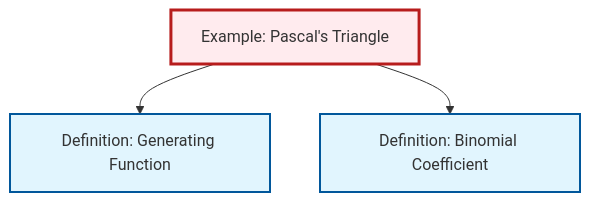
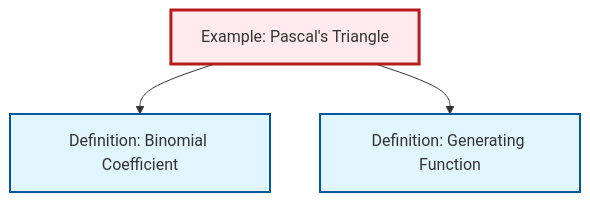
One commit to RK0429/ModernMath changed the diagram in content/ja/combinatorics/ex-pascals-triangle.qmd. Above: the diagram before and after it, drawn with Mermaid. The commit also changed other lines of this file and 654 other files, not shown here.

````diff
--- a/content/ja/combinatorics/ex-pascals-triangle.qmd
+++ b/content/ja/combinatorics/ex-pascals-triangle.qmd
@@ -73,17 +73,17 @@
 ```{mermaid}
 %%| fig-cap: "Local dependency graph"
 graph TD
     classDef definition fill:#e1f5fe,stroke:#01579b,stroke-width:2px
     classDef theorem fill:#f3e5f5,stroke:#4a148c,stroke-width:2px
     classDef axiom fill:#fff3e0,stroke:#e65100,stroke-width:2px
     classDef example fill:#e8f5e9,stroke:#1b5e20,stroke-width:2px
     classDef current fill:#ffebee,stroke:#b71c1c,stroke-width:3px
+    def-generating-function["Definition: Generating Function"]:::definition
     def-binomial-coefficient["Definition: Binomial Coefficient"]:::definition
     ex-pascals-triangle["Example: Pascal's Triangle"]:::example
-    def-generating-function["Definition: Generating Function"]:::definition
+    ex-pascals-triangle --> def-binomial-coefficient
     ex-pascals-triangle --> def-generating-function
-    ex-pascals-triangle --> def-binomial-coefficient
     class ex-pascals-triangle current
+    click def-generating-function "def-generating-function.html" "Definition: Generating Functionへ"
     click def-binomial-coefficient "def-binomial-coefficient.html" "Definition: Binomial Coefficientへ"
-    click def-generating-function "def-generating-function.html" "Definition: Generating Functionへ"
 ```
````
